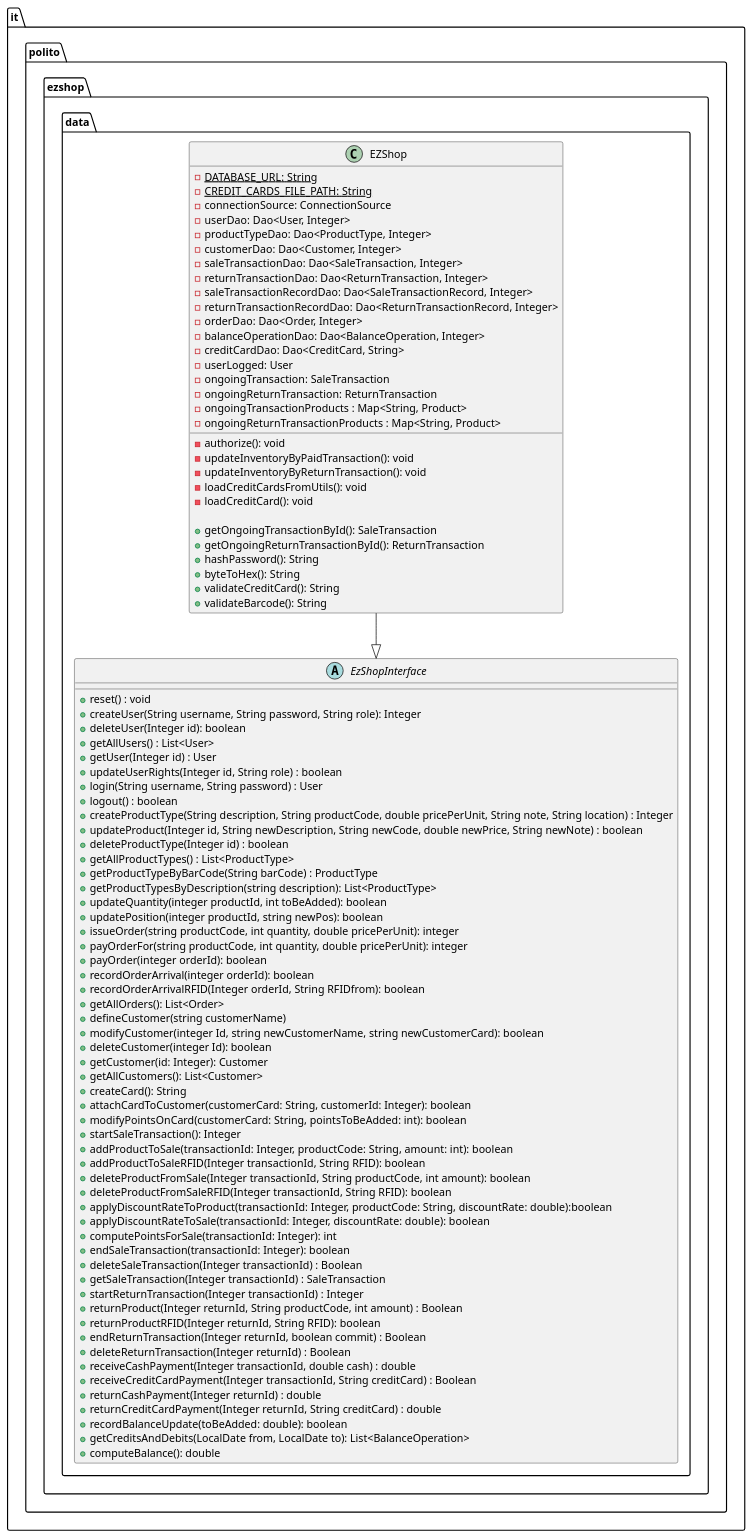
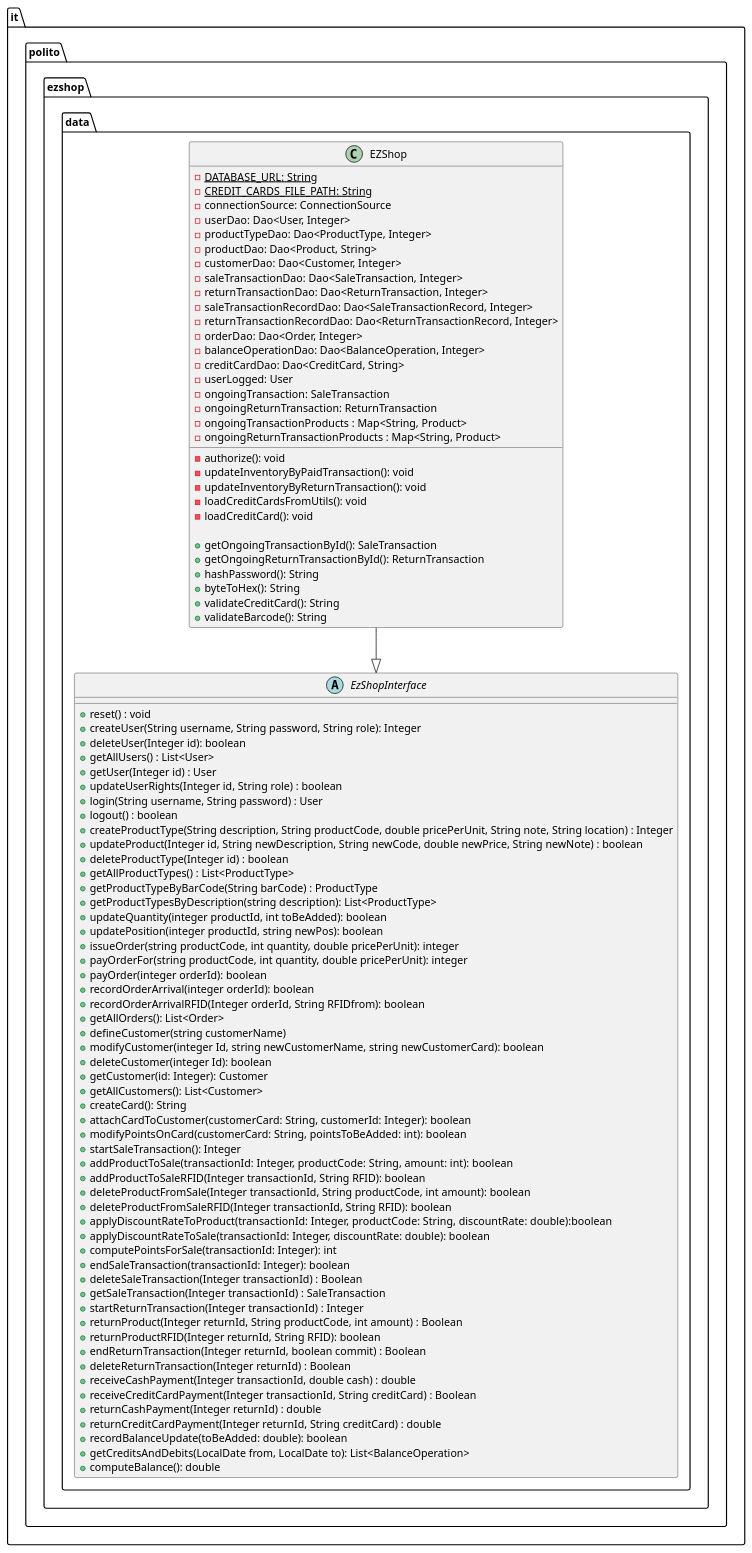
One commit to paocela/EzShop changed the second of 29 diagrams in Deliverables/DesignDocument.md. Above: the diagram before and after it, drawn with PlantUML. The commit also changed other lines of this file and 6 other files, not shown here.

```diff
--- a/Deliverables/DesignDocument.md
+++ b/Deliverables/DesignDocument.md
@@ -143,6 +143,7 @@
         - connectionSource: ConnectionSource
         - userDao: Dao<User, Integer>
         - productTypeDao: Dao<ProductType, Integer>
+        - productDao: Dao<Product, String>
         - customerDao: Dao<Customer, Integer>
         - saleTransactionDao: Dao<SaleTransaction, Integer>
         - returnTransactionDao: Dao<ReturnTransaction, Integer>
```
